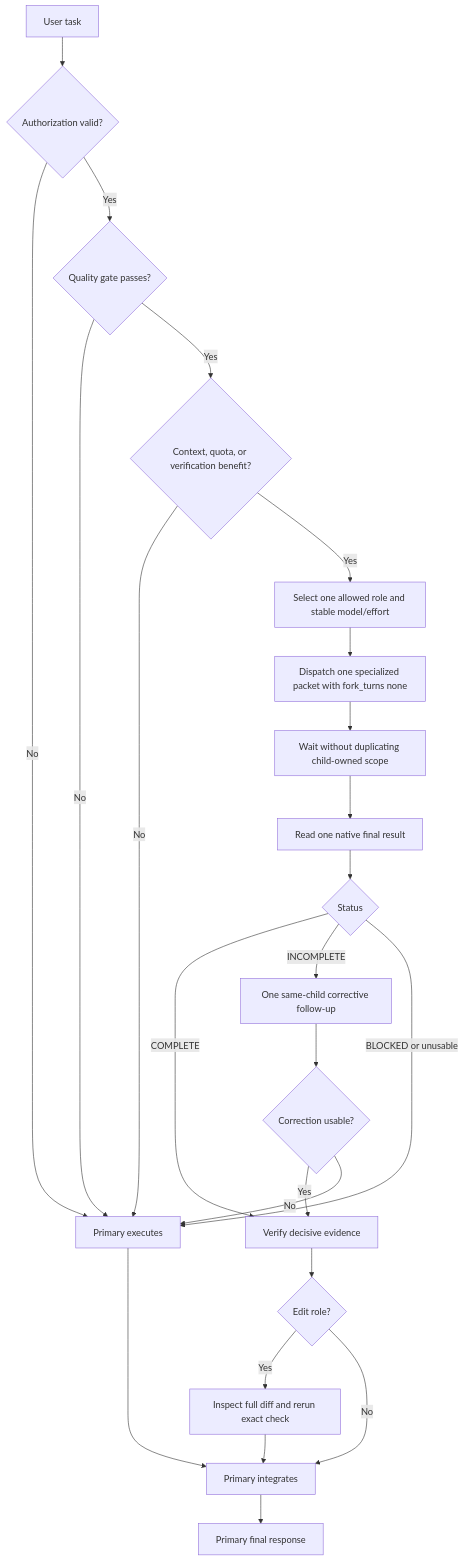
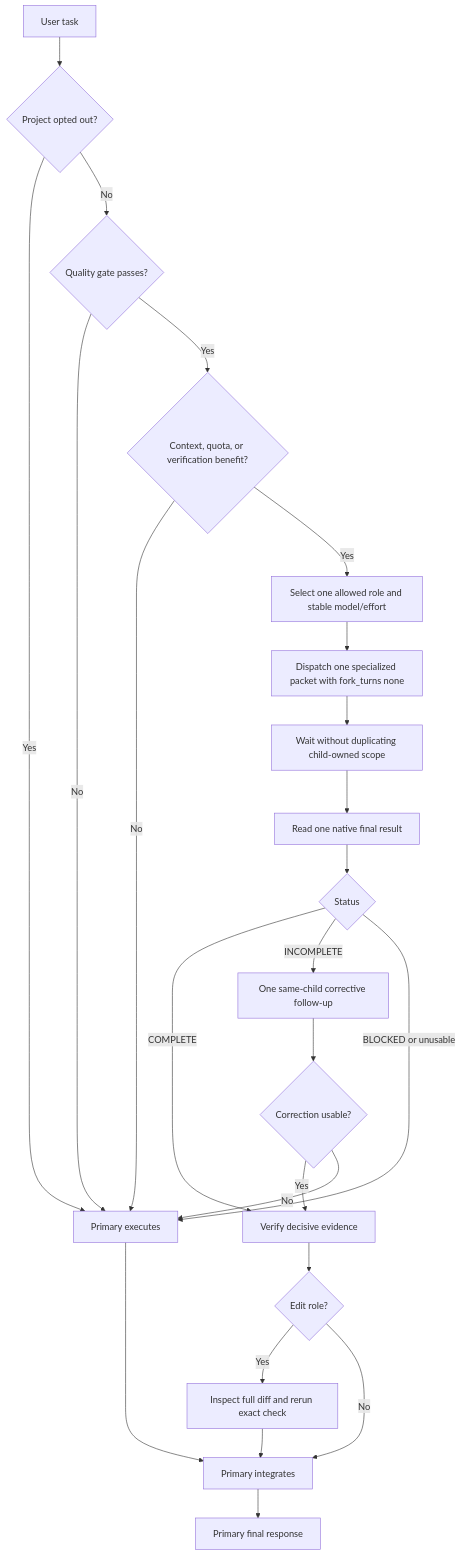
One commit to shjqwert/sol-advisor-auto changed the diagram in README.md. Above: the diagram before and after it, drawn with Mermaid. The commit also changed other lines of this file and 4 other files, not shown here.

````diff
--- a/README.md
+++ b/README.md
@@ -73,26 +91,26 @@
 ```mermaid
 flowchart TD
-    A[User task] --> B{Authorization valid?}
-    B -->|No| P[Primary executes]
-    B -->|Yes| Q{Quality gate passes?}
+    A[User task] --> B{Project opted out?}
+    B -->|Yes| P[Primary executes]
+    B -->|No| Q{Quality gate passes?}
     Q -->|No| P
     Q -->|Yes| G{Context, quota, or verification benefit?}
     G -->|No| P
     G -->|Yes| R[Select one allowed role and stable model/effort]
     R --> D[Dispatch one specialized packet with fork_turns none]
     D --> W[Wait without duplicating child-owned scope]
     W --> F[Read one native final result]
     F --> S{Status}
     S -->|COMPLETE| V[Verify decisive evidence]
     S -->|INCOMPLETE| C[One same-child corrective follow-up]
     S -->|BLOCKED or unusable| P
     C --> S2{Correction usable?}
     S2 -->|Yes| V
     S2 -->|No| P
     V --> E{Edit role?}
     E -->|Yes| X[Inspect full diff and rerun exact check]
     E -->|No| I[Primary integrates]
     X --> I
     P --> I
     I --> O[Primary final response]
 ```
````
